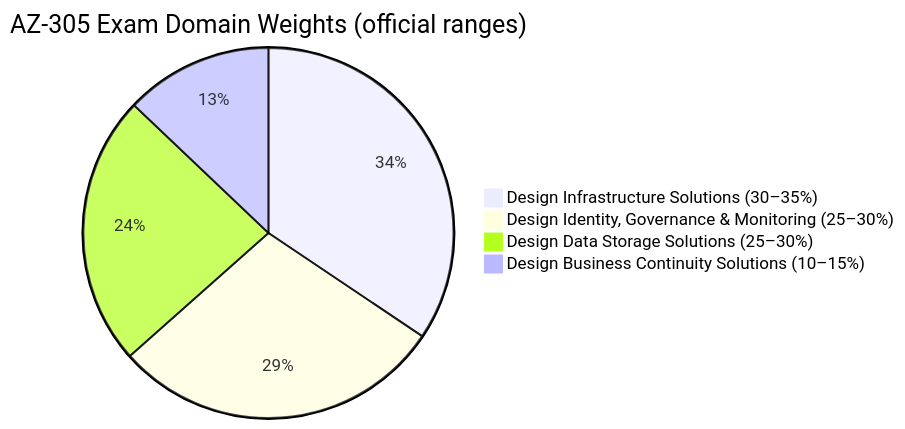
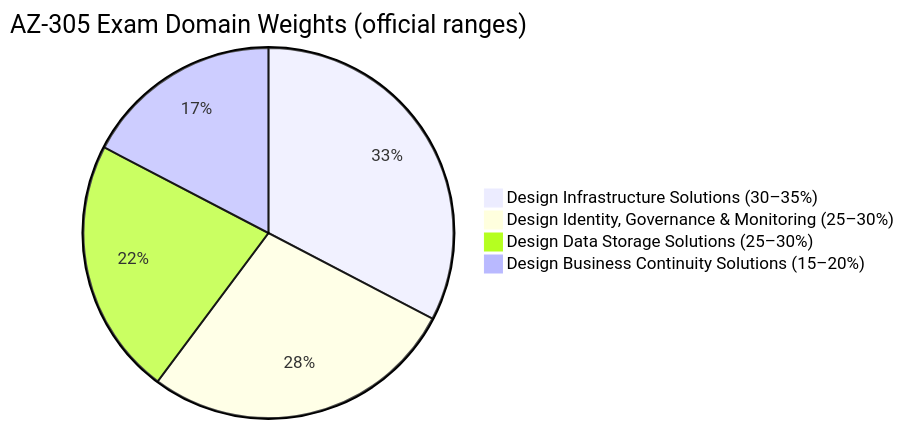
One commit to marcogrimaldi29/az-305-study-notes changed the first of 3 diagrams in README.md. Above: the diagram before and after it, drawn with Mermaid. The commit also changed other lines of this file and 4 other files, not shown here.

````diff
--- a/README.md
+++ b/README.md
@@ -33,7 +33,7 @@
 ```mermaid
 pie title AZ-305 Exam Domain Weights (official ranges)
     "Design Infrastructure Solutions (30–35%)" : 32
     "Design Identity, Governance & Monitoring (25–30%)" : 27
     "Design Data Storage Solutions (25–30%)" : 22
-    "Design Business Continuity Solutions (10–15%)" : 12
+    "Design Business Continuity Solutions (15–20%)" : 17
 ```
````
